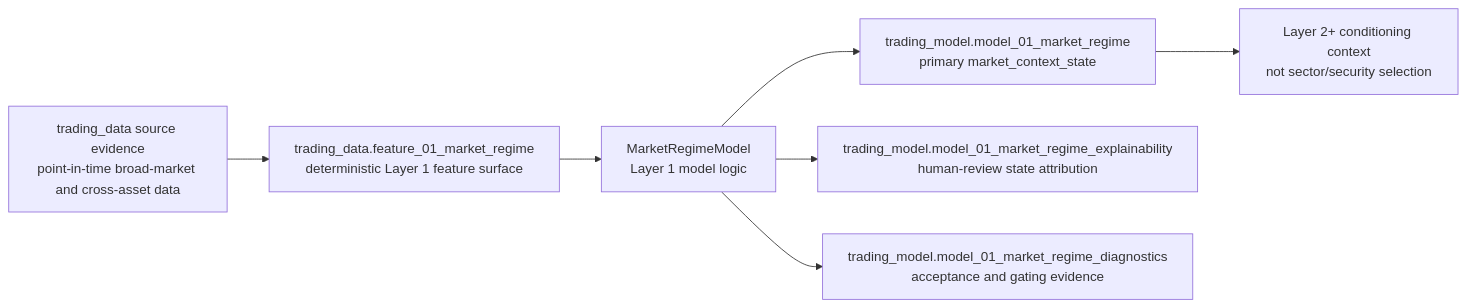
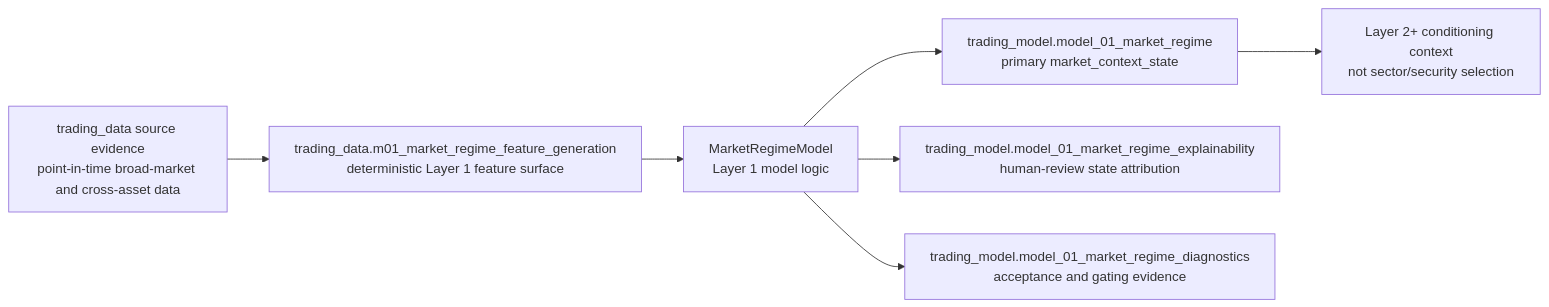
One commit to gilmore307/trading-model changed the diagram in docs/10_layer_01_market_regime.md. Above: the diagram before and after it, drawn with Mermaid. The commit also changed other lines of this file and 11 other files, not shown here.

````diff
--- a/docs/10_layer_01_market_regime.md
+++ b/docs/10_layer_01_market_regime.md
@@ -34,15 +34,15 @@
 ```mermaid
 flowchart LR
     source["trading_data source evidence<br/>point-in-time broad-market and cross-asset data"]
-    feature["trading_data.feature_01_market_regime<br/>deterministic Layer 1 feature surface"]
+    feature["trading_data.m01_market_regime_feature_generation<br/>deterministic Layer 1 feature surface"]
     model["MarketRegimeModel<br/>Layer 1 model logic"]
     output["trading_model.model_01_market_regime<br/>primary market_context_state"]
     explain["trading_model.model_01_market_regime_explainability<br/>human-review state attribution"]
     diagnostics["trading_model.model_01_market_regime_diagnostics<br/>acceptance and gating evidence"]
     downstream["Layer 2+ conditioning context<br/>not sector/security selection"]
 
     source --> feature --> model
     model --> output --> downstream
     model --> explain
     model --> diagnostics
 ```
````
